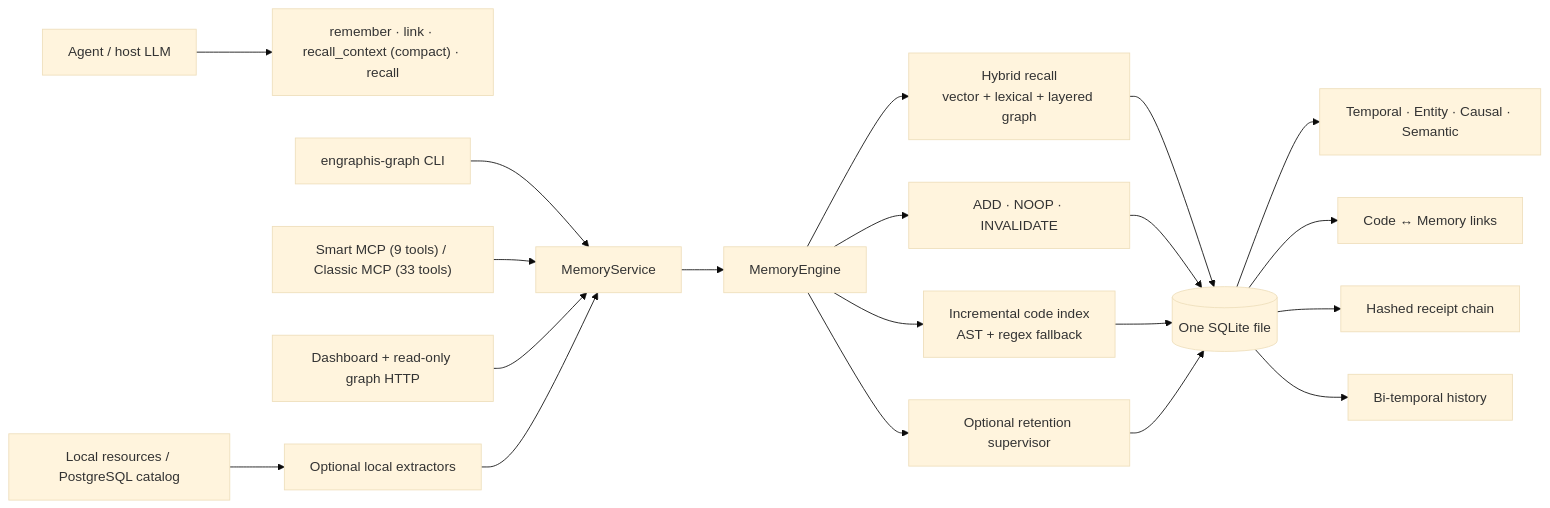
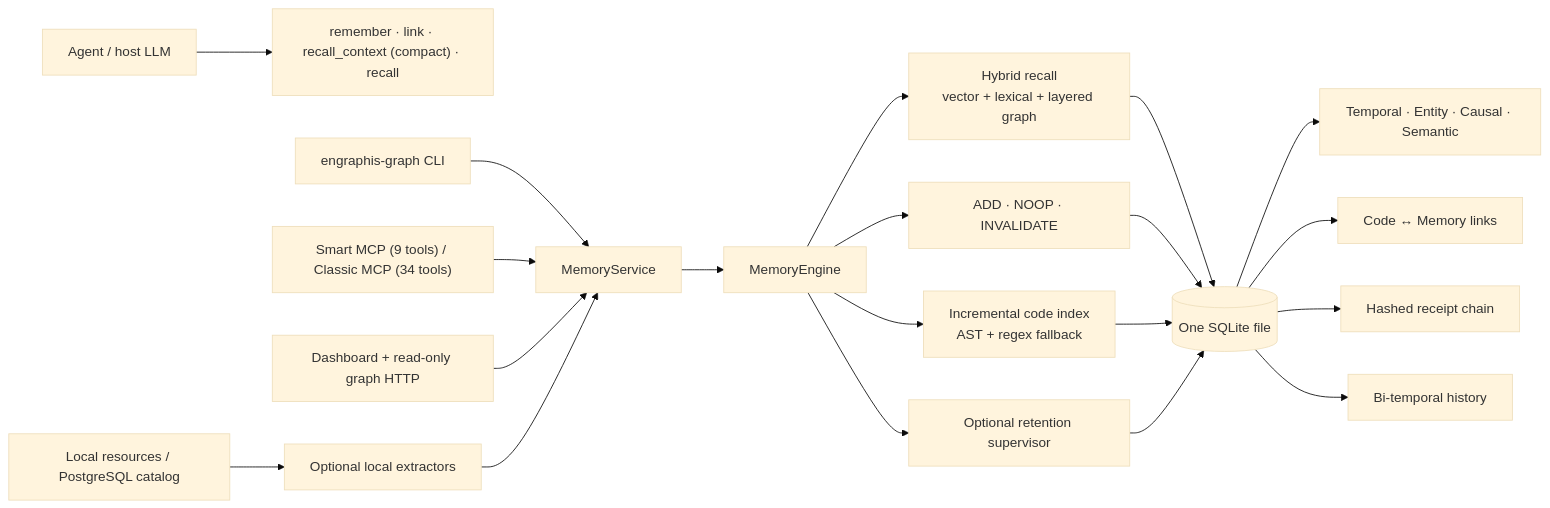
The diagram in docs/ARCHITECTURE_V3.md (Coding-Dev-Tools/engraphis), drawn with Mermaid (base theme) before and after one commit. The commit also changed other lines of this file and 269 other files, not shown here.

````diff
--- a/docs/ARCHITECTURE_V3.md
+++ b/docs/ARCHITECTURE_V3.md
@@ -6,25 +6,25 @@
 ```mermaid
 flowchart LR
     Agent["Agent / host LLM"] --> Intent["remember · link · recall_context (compact) · recall"]
     CLI["engraphis-graph CLI"] --> Service["MemoryService"]
-    MCP["Smart MCP (9 tools) / Classic MCP (33 tools)"] --> Service
+    MCP["Smart MCP (9 tools) / Classic MCP (34 tools)"] --> Service
     HTTP["Dashboard + read-only graph HTTP"] --> Service
     Import["Local resources / PostgreSQL catalog"] --> Extractors["Optional local extractors"]
     Extractors --> Service
 
     Service --> Engine["MemoryEngine"]
     Engine --> Recall["Hybrid recall\nvector + lexical + layered graph"]
     Engine --> Resolver["ADD · NOOP · INVALIDATE"]
     Engine --> Code["Incremental code index\nAST + regex fallback"]
     Engine --> Retention["Optional retention supervisor"]
 
     Recall --> SQLite[("One SQLite file")]
     Resolver --> SQLite
     Code --> SQLite
     Retention --> SQLite
 
     SQLite --> Layers["Temporal · Entity · Causal · Semantic"]
     SQLite --> Bridge["Code ↔ Memory links"]
     SQLite --> Receipts["Hashed receipt chain"]
     SQLite --> History["Bi-temporal history"]
 ```
````
